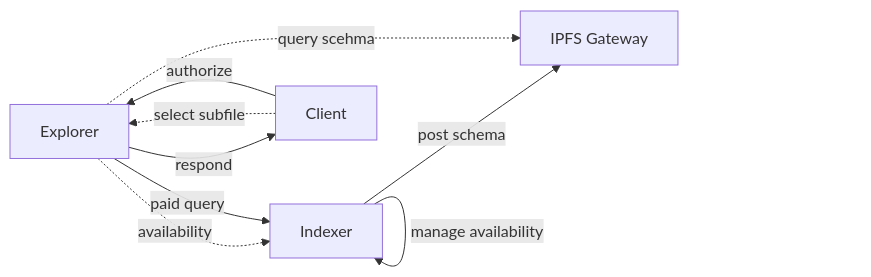
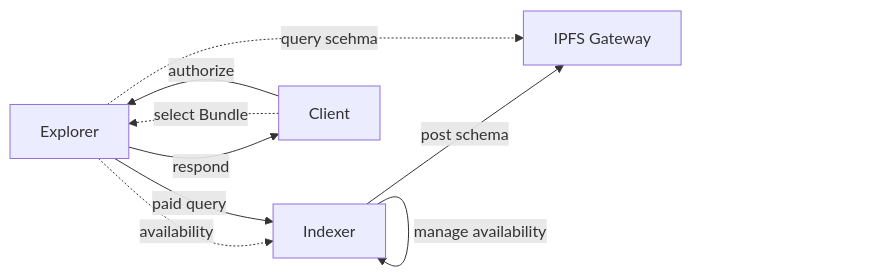
The second of 3 diagrams in docs/discovery.md (graphops/file-hosting-service), drawn with Mermaid before and after one commit. The commit also changed other lines of this file and 85 other files, not shown here.

Commit message:
refactor: code/docs subfile/chunk_file -> bundle/file_manifest

````diff
--- a/docs/discovery.md
+++ b/docs/discovery.md
@@ -49,11 +49,11 @@
 ```mermaid
 graph LR
     I[Indexer] -->|manage availability| I
     I[Indexer] -->|post schema| IPFS[IPFS Gateway]
     E[Explorer] -.->|availability| I
     E -.->|query scehma| IPFS
-    C[Client] -.->|select subfile| E
+    C[Client] -.->|select Bundle| E
     C -->|authorize| E
     E -->|paid query| I
     E -->|respond| C
 ```  
````
